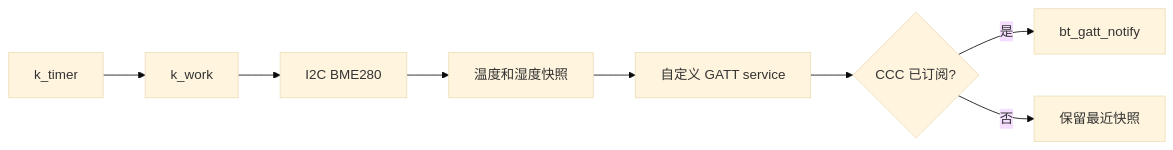
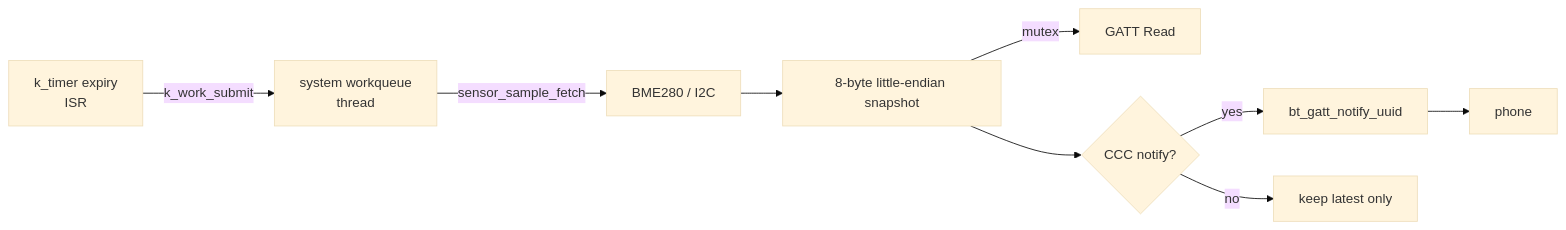
The first of 2 diagrams in docs/articles/zephyr/zephyr-15-ble-sensor-data-upload.md (cdragon-ljl/EEandEdgeAI), drawn with Mermaid (base theme) before and after one commit. The commit also changed other lines of this file and 35 other files, not shown here.

````diff
--- a/docs/articles/zephyr/zephyr-15-ble-sensor-data-upload.md
+++ b/docs/articles/zephyr/zephyr-15-ble-sensor-data-upload.md
@@ -15,10 +22,11 @@
 ```mermaid
 flowchart LR
-    A[k_timer] --> B[k_work]
-    B --> C[I2C BME280]
-    C --> D[温度和湿度快照]
-    D --> E[自定义 GATT service]
-    E --> F{CCC 已订阅?}
-    F -->|是| G[bt_gatt_notify]
-    F -->|否| H[保留最近快照]
+    T[k_timer expiry<br/>ISR] -->|k_work_submit| W[system workqueue<br/>thread]
+    W -->|sensor_sample_fetch| S[BME280 / I2C]
+    S --> P[8-byte little-endian snapshot]
+    P -->|mutex| R[GATT Read]
+    P --> C{CCC notify?}
+    C -->|yes| N[bt_gatt_notify_uuid]
+    C -->|no| K[keep latest only]
+    N --> M[phone]
 ```
````
